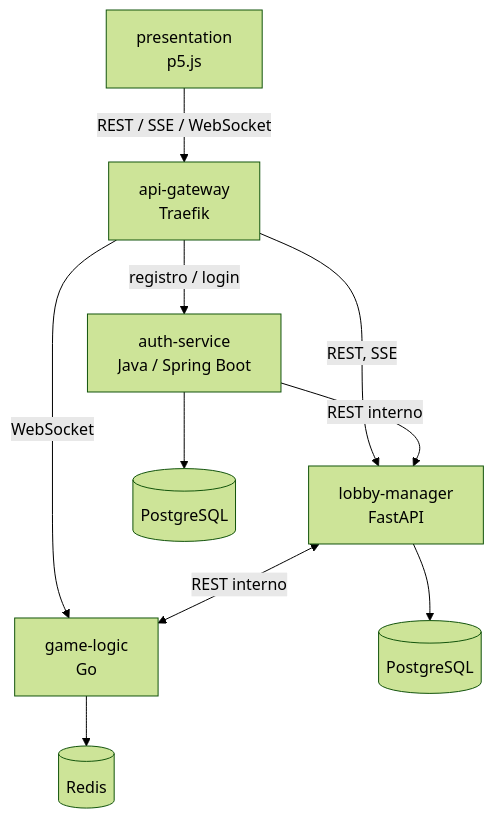
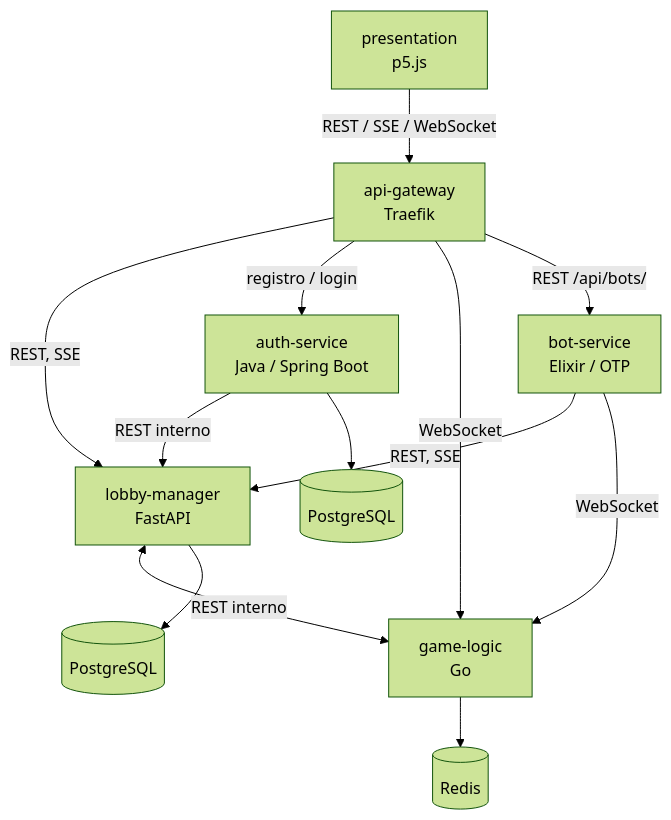
The diagram in README.md (soetgdeznsgk/ArchSoft-Group1F), drawn with Mermaid (forest theme) before and after one commit. The commit also changed other lines of this file and 35 other files, not shown here.

Commit message:
Bot service Rummy-gamemode only

````diff
--- a/README.md
+++ b/README.md
@@ -5,12 +5,15 @@
 ```mermaid
 flowchart TB
   P[presentation<br/>p5.js] -- "REST / SSE / WebSocket" --> G[api-gateway<br/>Traefik]
   G -- "REST, SSE" --> L[lobby-manager<br/>FastAPI]
   G -- "registro / login" --> A[auth-service<br/>Java / Spring Boot]
   G -- WebSocket --> GL[game-logic<br/>Go]
+  G -- "REST /api/bots/" --> B[bot-service<br/>Elixir / OTP]
+  B -- "REST, SSE" --> L
+  B -- WebSocket --> GL
   A -- "REST interno" --> L
   L <-- "REST interno" --> GL
   L --> PG[(PostgreSQL)]
   A --> APG[(PostgreSQL)]
   GL --> R[(Redis)]
 ```
````
